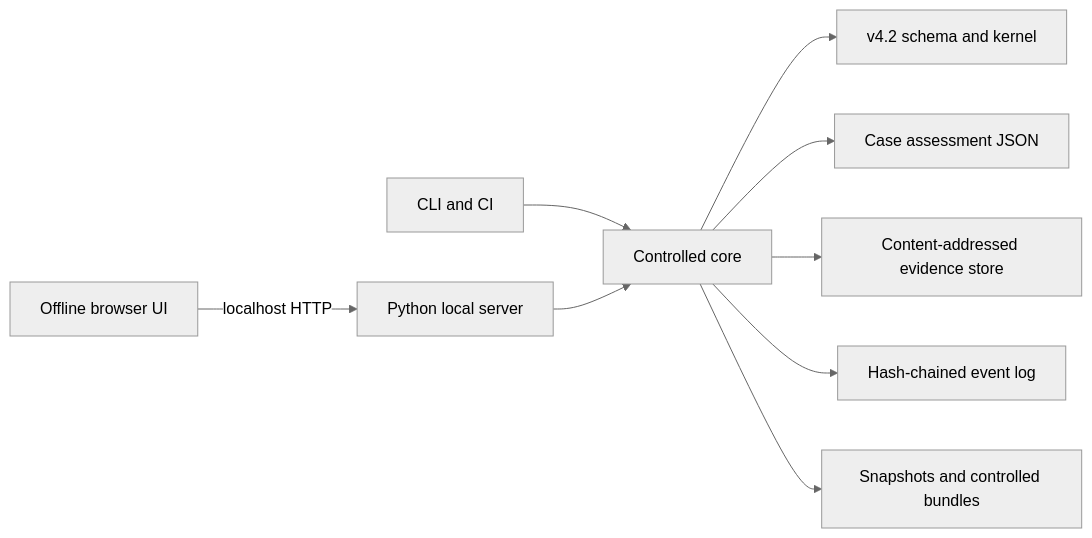
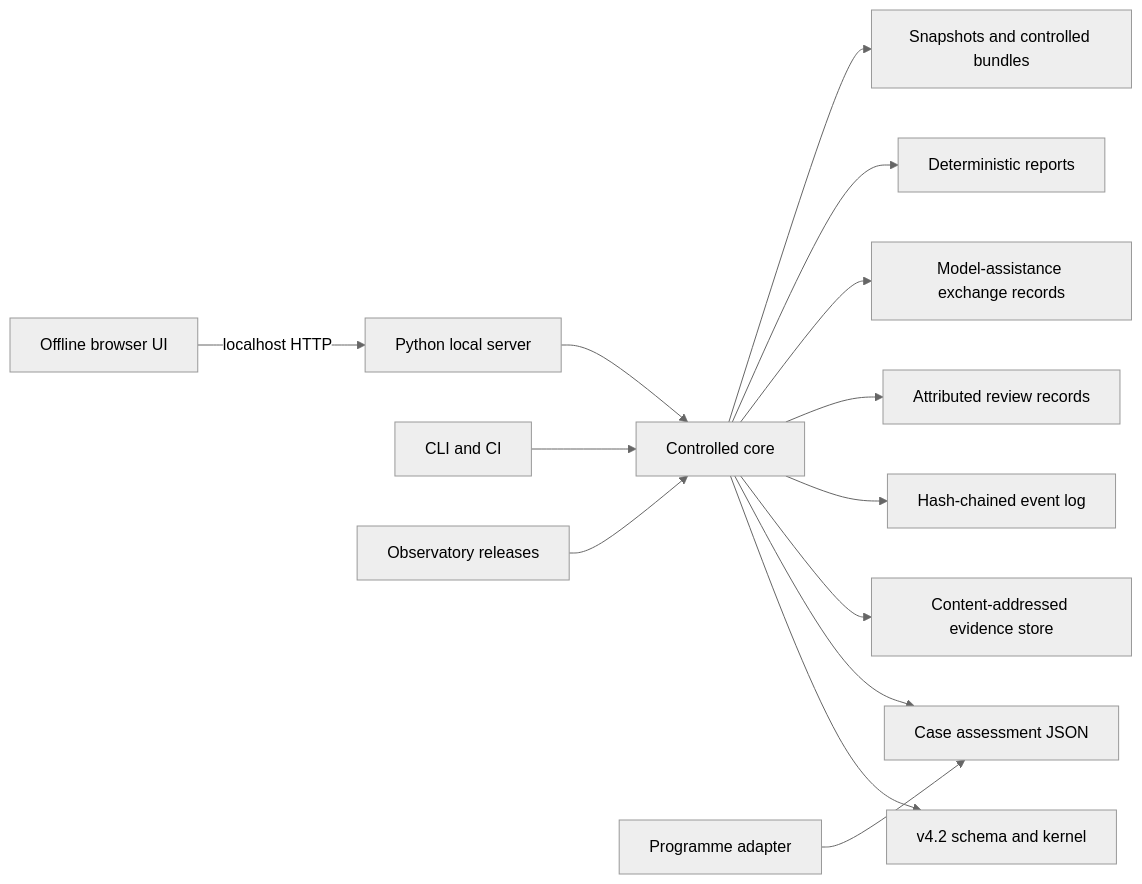
The diagram in docs/architecture/overview.md (fraware/neuroai-workbench), drawn with Mermaid (neutral theme) before and after one commit. The commit also changed other lines of this file and 12 other files, not shown here.

````diff
--- a/docs/architecture/overview.md
+++ b/docs/architecture/overview.md
@@ -7,11 +7,16 @@
 ```mermaid
 flowchart LR
   Browser[Offline browser UI] -->|localhost HTTP| Server[Python local server]
   CLI[CLI and CI] --> Core[Controlled core]
   Server --> Core
   Core --> Schema[v4.2 schema and kernel]
   Core --> Cases[Case assessment JSON]
   Core --> Evidence[Content-addressed evidence store]
   Core --> Events[Hash-chained event log]
+  Core --> Reviews[Attributed review records]
+  Core --> Assistance[Model-assistance exchange records]
+  Core --> Reports[Deterministic reports]
   Core --> Snapshots[Snapshots and controlled bundles]
+  Adapter[Programme adapter] --> Cases
+  Observatory[Observatory releases] --> Core
 ```
````
